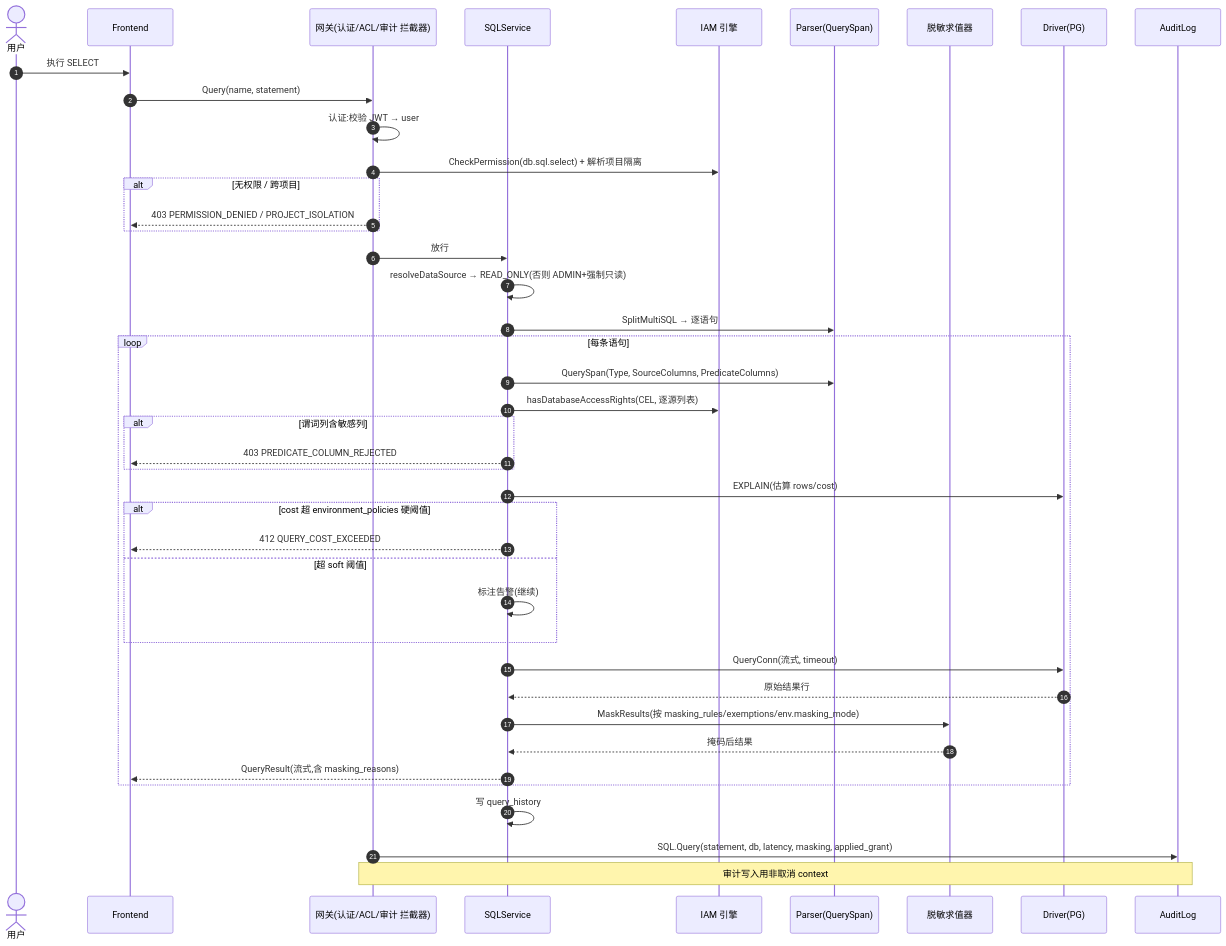
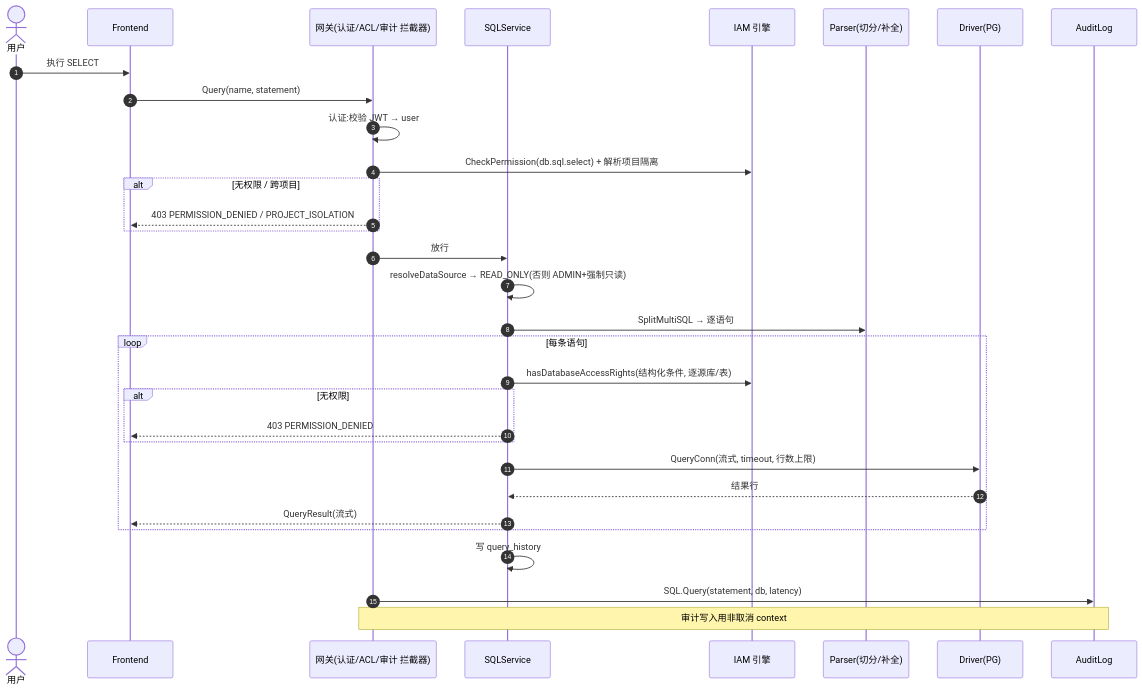
Before and after one commit to junejs/DBHub: the second of 3 diagrams in 13-sequences.md, drawn with Mermaid. The commit also changed other lines of this file and 19 other files, not shown here.

First line of the commit message:
Simplify v1 scope (practicality-first) + add v2 roadmap

````diff
--- a/13-sequences.md
+++ b/13-sequences.md
@@ -55,45 +55,35 @@
 ```mermaid
 sequenceDiagram
     autonumber
     actor U as 用户
     participant F as Frontend
     participant GW as 网关(认证/ACL/审计 拦截器)
     participant Q as SQLService
     participant IAM as IAM 引擎
-    participant P as Parser(QuerySpan)
-    participant M as 脱敏求值器
+    participant P as Parser(切分/补全)
     participant D as Driver(PG)
     participant AU as AuditLog
 
     U->>F: 执行 SELECT
     F->>GW: Query(name, statement)
     GW->>GW: 认证:校验 JWT → user
     GW->>IAM: CheckPermission(db.sql.select) + 解析项目隔离
     alt 无权限 / 跨项目
         GW-->>F: 403 PERMISSION_DENIED / PROJECT_ISOLATION
     end
     GW->>Q: 放行
     Q->>Q: resolveDataSource → READ_ONLY(否则 ADMIN+强制只读)
     Q->>P: SplitMultiSQL → 逐语句
     loop 每条语句
-        Q->>P: QuerySpan(Type, SourceColumns, PredicateColumns)
-        Q->>IAM: hasDatabaseAccessRights(CEL, 逐源列表)
-        alt 谓词列含敏感列
-            Q-->>F: 403 PREDICATE_COLUMN_REJECTED
+        Q->>IAM: hasDatabaseAccessRights(结构化条件, 逐源库/表)
+        alt 无权限
+            Q-->>F: 403 PERMISSION_DENIED
         end
-        Q->>D: EXPLAIN(估算 rows/cost)
-        alt cost 超 environment_policies 硬阈值
-            Q-->>F: 412 QUERY_COST_EXCEEDED
-        else 超 soft 阈值
-            Q->>Q: 标注告警(继续)
-        end
-        Q->>D: QueryConn(流式, timeout)
-        D-->>Q: 原始结果行
-        Q->>M: MaskResults(按 masking_rules/exemptions/env.masking_mode)
-        M-->>Q: 掩码后结果
-        Q-->>F: QueryResult(流式,含 masking_reasons)
+        Q->>D: QueryConn(流式, timeout, 行数上限)
+        D-->>Q: 结果行
+        Q-->>F: QueryResult(流式)
     end
     Q->>Q: 写 query_history
-    GW->>AU: SQL.Query(statement, db, latency, masking, applied_grant)
+    GW->>AU: SQL.Query(statement, db, latency)
     Note over GW,AU: 审计写入用非取消 context
 ```
````
